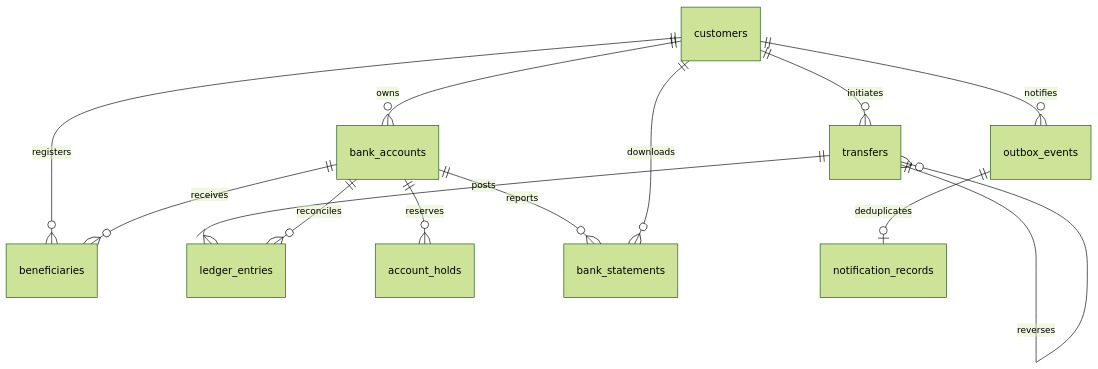
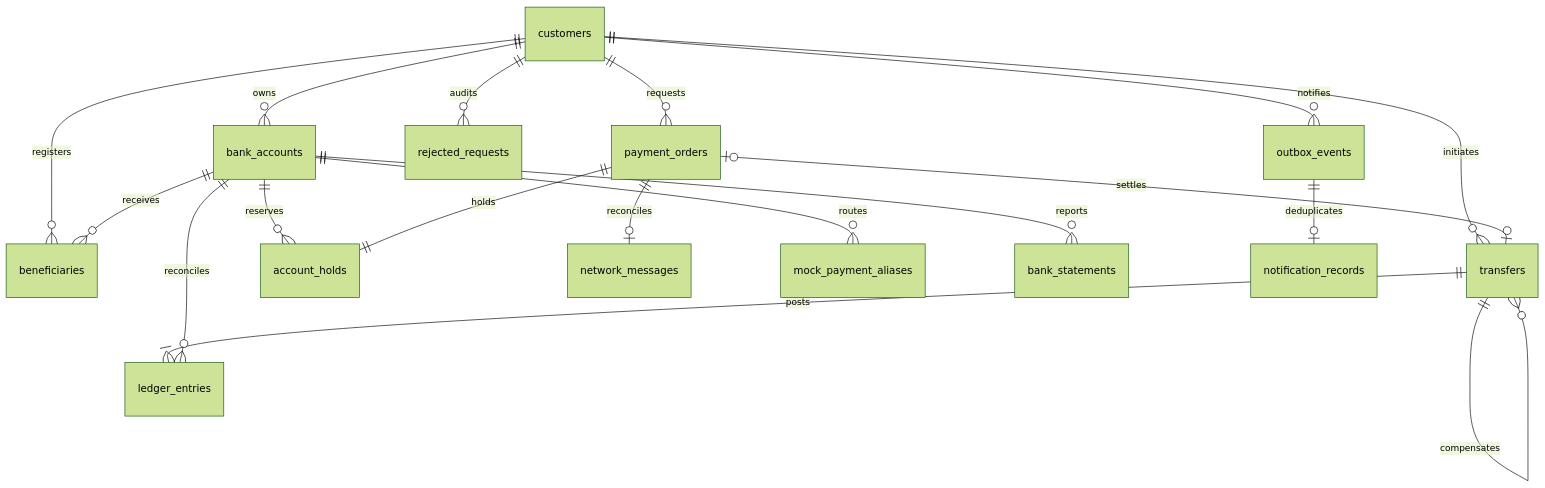
The fourth of 4 diagrams in docs/architecture.md (mdosamaayaz49/digital-retail-banking), drawn with Mermaid (forest theme) before and after one commit. The commit also changed other lines of this file and 132 other files, not shown here.

````diff
--- a/docs/architecture.md
+++ b/docs/architecture.md
@@ -62,15 +93,20 @@
 ```mermaid
 erDiagram
-  customers ||--o{ bank_accounts : owns
-  customers ||--o{ beneficiaries : registers
-  bank_accounts ||--o{ beneficiaries : receives
-  customers ||--o{ transfers : initiates
-  transfers ||--|{ ledger_entries : posts
-  bank_accounts ||--o{ ledger_entries : reconciles
-  bank_accounts ||--o{ account_holds : reserves
-  bank_accounts ||--o{ bank_statements : reports
-  customers ||--o{ bank_statements : downloads
-  transfers ||--o{ transfers : reverses
-  customers ||--o{ outbox_events : notifies
-  outbox_events ||--o| notification_records : deduplicates
+ customers ||--o{ bank_accounts : owns
+ customers ||--o{ beneficiaries : registers
+ bank_accounts ||--o{ beneficiaries : receives
+ customers ||--o{ transfers : initiates
+ transfers ||--|{ ledger_entries : posts
+ bank_accounts ||--o{ ledger_entries : reconciles
+ bank_accounts ||--o{ account_holds : reserves
+ customers ||--o{ payment_orders : requests
+ payment_orders ||--|| account_holds : holds
+ payment_orders o|--o| transfers : settles
+ payment_orders ||--o| network_messages : reconciles
+ bank_accounts ||--o{ mock_payment_aliases : routes
+ bank_accounts ||--o{ bank_statements : reports
+ transfers ||--o{ transfers : compensates
+ customers ||--o{ rejected_requests : audits
+ customers ||--o{ outbox_events : notifies
+ outbox_events ||--o| notification_records : deduplicates
 ```
````
